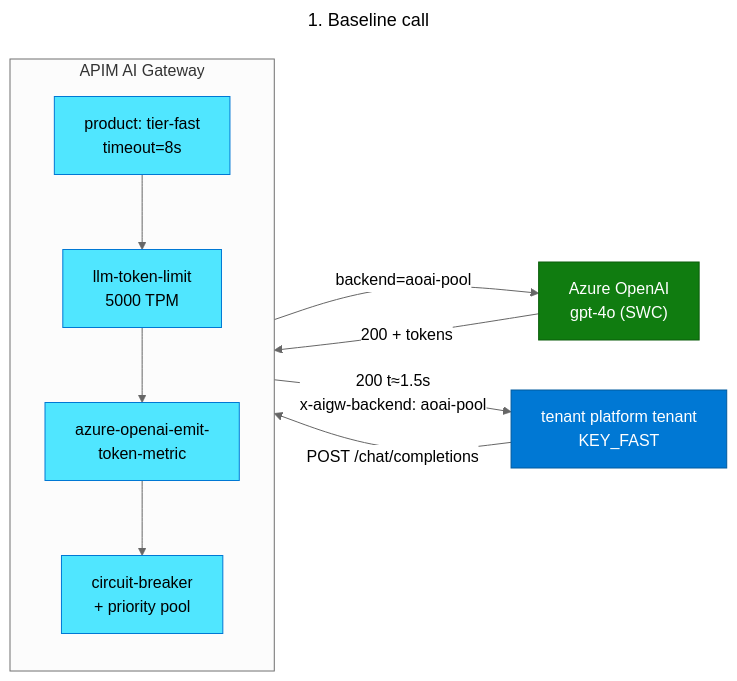
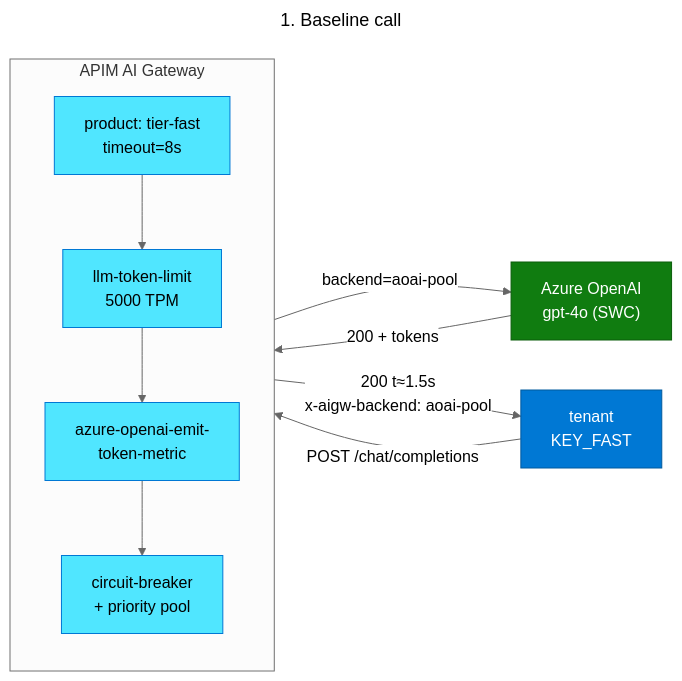
Before and after one commit to renepajta/apim-ai-gateway-lab: the diagram in notebooks/diagrams/01-baseline.mmd, drawn with Mermaid (neutral theme). The commit also changed 53 other files, not shown here.

```diff
--- a/notebooks/diagrams/01-baseline.mmd
+++ b/notebooks/diagrams/01-baseline.mmd
@@ -1,23 +1,23 @@
 ---
 title: 1. Baseline call
 ---
 flowchart LR
-    C["tenant platform tenant<br/>KEY_FAST"] -->|"POST /chat/completions"| G
+    C["tenant<br/>KEY_FAST"] -->|"POST /chat/completions"| G
     subgraph G["APIM AI Gateway"]
         direction TB
         P1["product: tier-fast<br/>timeout=8s"]
         P2["llm-token-limit<br/>5000 TPM"]
         P3["azure-openai-emit-<br/>token-metric"]
         P4["circuit-breaker<br/>+ priority pool"]
         P1 --> P2 --> P3 --> P4
     end
     G -->|"backend=aoai-pool"| B["Azure OpenAI<br/>gpt-4o (SWC)"]
     B -->|"200 + tokens"| G
     G -->|"200 t≈1.5s<br/>x-aigw-backend: aoai-pool"| C
 
     classDef client fill:#0078D4,stroke:#005A9E,color:#fff
     classDef gw fill:#50E6FF,stroke:#0078D4,color:#000
     classDef be fill:#107C10,stroke:#0B5C0B,color:#fff
     class C client
     class P1,P2,P3,P4 gw
     class B be
```
